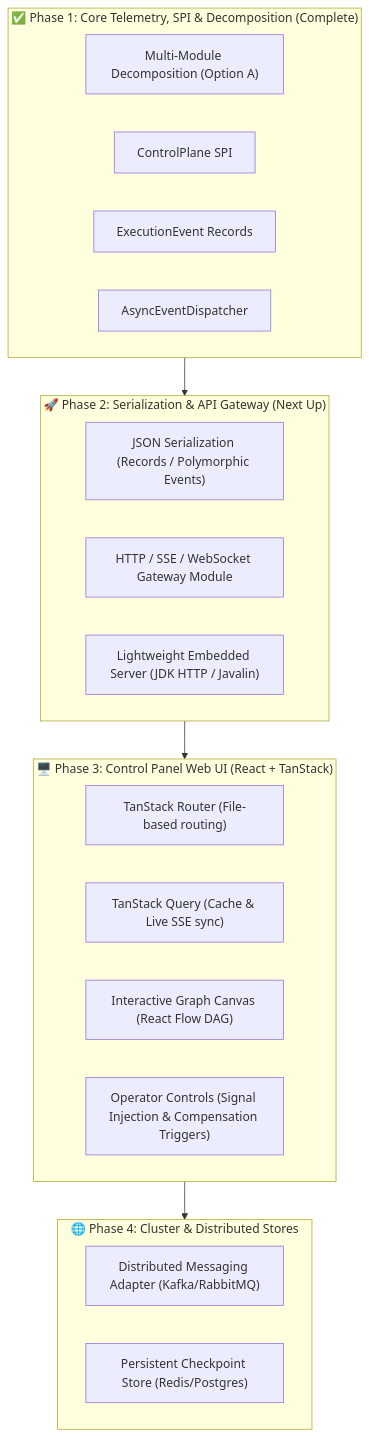
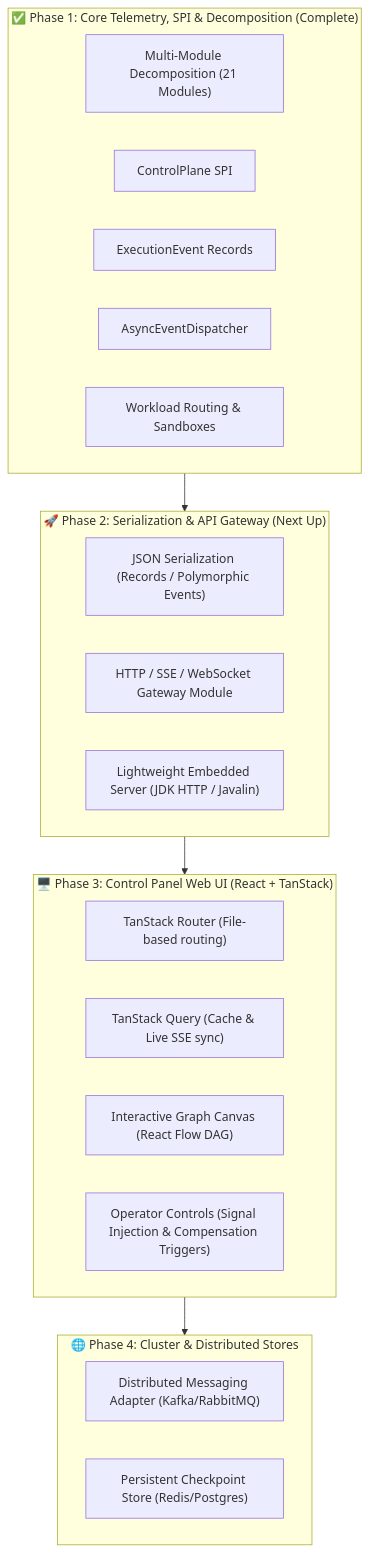
Before and after one commit to f442y/dispersion: the diagram in NEXT_STEPS.md, drawn with Mermaid. The commit also changed other lines of this file and 58 other files, not shown here.

Commit message:
refactor(arch): decouple routing and event hierarchy, decompose orchestration into nested batch and messaging modules

````diff
--- a/NEXT_STEPS.md
+++ b/NEXT_STEPS.md
@@ -62,31 +55,32 @@
 ```mermaid
 flowchart TD
     subgraph Done["✅ Phase 1: Core Telemetry, SPI & Decomposition (Complete)"]
-        DEC["Multi-Module Decomposition (Option A)"]
+        DEC["Multi-Module Decomposition (21 Modules)"]
         CP["ControlPlane SPI"]
         EE["ExecutionEvent Records"]
         DISP["AsyncEventDispatcher"]
+        ROUT["Workload Routing & Sandboxes"]
     end
 
     subgraph Next["🚀 Phase 2: Serialization & API Gateway (Next Up)"]
         SER["JSON Serialization (Records / Polymorphic Events)"]
         EP["HTTP / SSE / WebSocket Gateway Module"]
         CLI["Lightweight Embedded Server (JDK HTTP / Javalin)"]
     end
 
     subgraph UI["🖥️ Phase 3: Control Panel Web UI (React + TanStack)"]
         ROUTER["TanStack Router (File-based routing)"]
         QUERY["TanStack Query (Cache & Live SSE sync)"]
         GRAPH["Interactive Graph Canvas (React Flow DAG)"]
         CTRL["Operator Controls (Signal Injection & Compensation Triggers)"]
     end
 
     subgraph Dist["🌐 Phase 4: Cluster & Distributed Stores"]
         KAFKA["Distributed Messaging Adapter (Kafka/RabbitMQ)"]
         REDIS["Persistent Checkpoint Store (Redis/Postgres)"]
     end
 
     Done --> Next
     Next --> UI
     UI --> Dist
 ```
````
